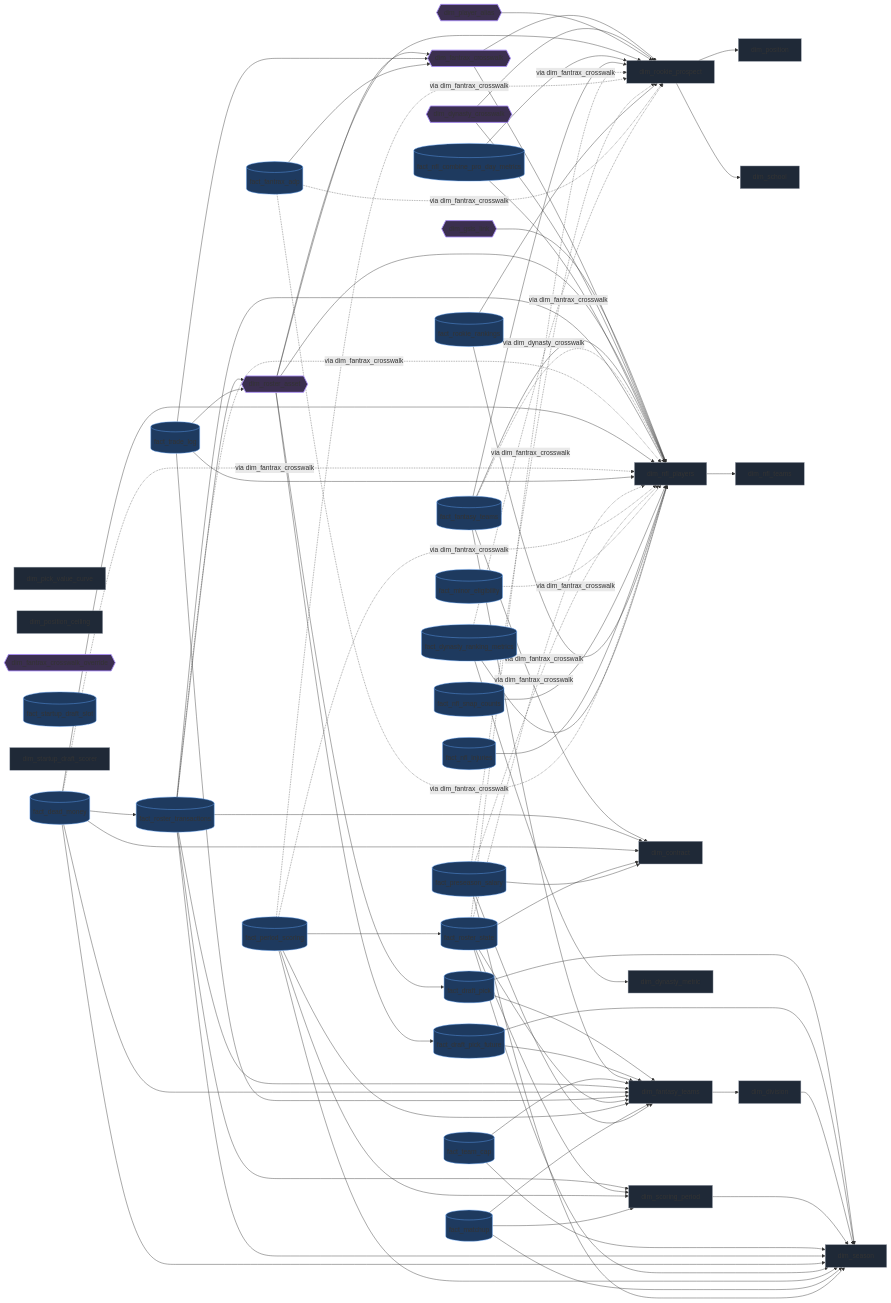
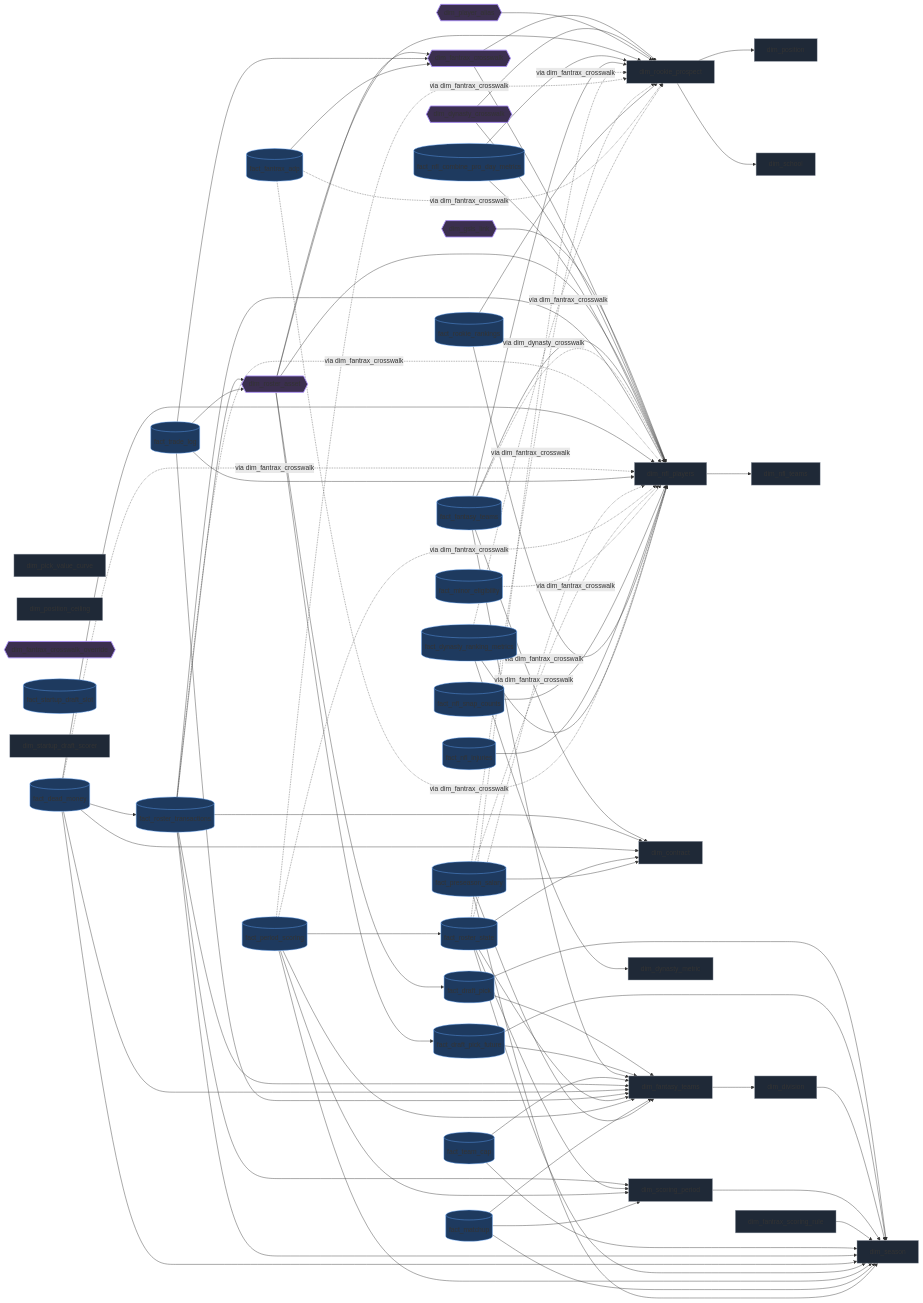
One commit to benjamininja/Python-PowerBI-DynastyFantasyFootball changed the diagram in docs/DATA_MODEL.md. Above: the diagram before and after it, drawn with Mermaid. The commit also changed 11 other files, not shown here.

First line of the commit message:
feat(04p): publish the league's scoring rules as dim_fantrax_scoring_rule (Refs #473)

```diff
--- a/docs/DATA_MODEL.md
+++ b/docs/DATA_MODEL.md
@@ -26,6 +26,7 @@
     dim_season[dim_season]
     dim_division[dim_division]
     dim_scoring_period[dim_scoring_period]
+    dim_fantrax_scoring_rule[dim_fantrax_scoring_rule]
     dim_fantrax_crosswalk{{dim_fantrax_crosswalk}}
     dim_dynasty_crosswalk{{dim_dynasty_crosswalk}}
     dim_player_alias{{dim_player_alias}}
@@ -60,6 +61,7 @@
     fact_draft_pick_future --> dim_fantasy_teams
     dim_division --> dim_season
     dim_scoring_period --> dim_season
+    dim_fantrax_scoring_rule --> dim_season
     dim_fantrax_crosswalk --> dim_nfl_players
     dim_fantrax_crosswalk --> dim_rookie_prospect
     dim_dynasty_crosswalk --> dim_nfl_players
@@ -147,6 +149,7 @@
     class dim_season dim;
     class dim_division dim;
     class dim_scoring_period dim;
+    class dim_fantrax_scoring_rule dim;
     class dim_fantrax_crosswalk resolver;
     class dim_dynasty_crosswalk resolver;
     class dim_player_alias resolver;
```
